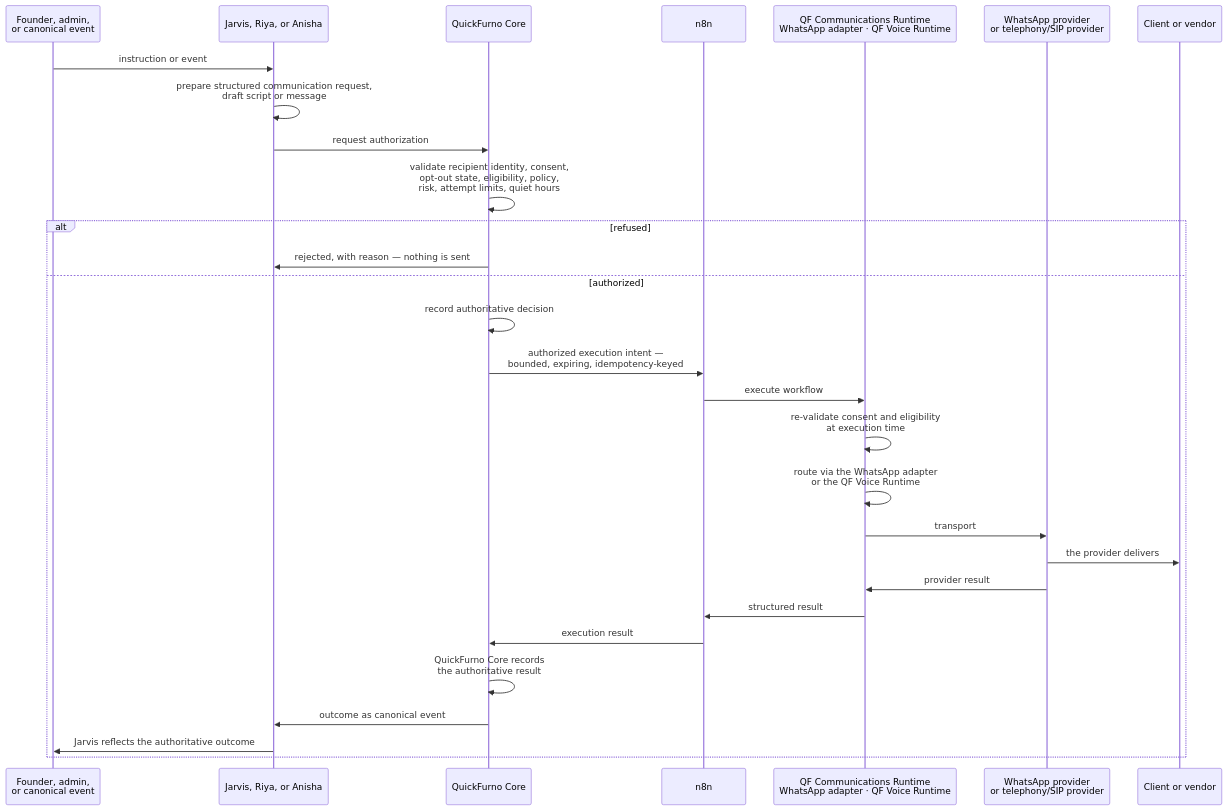
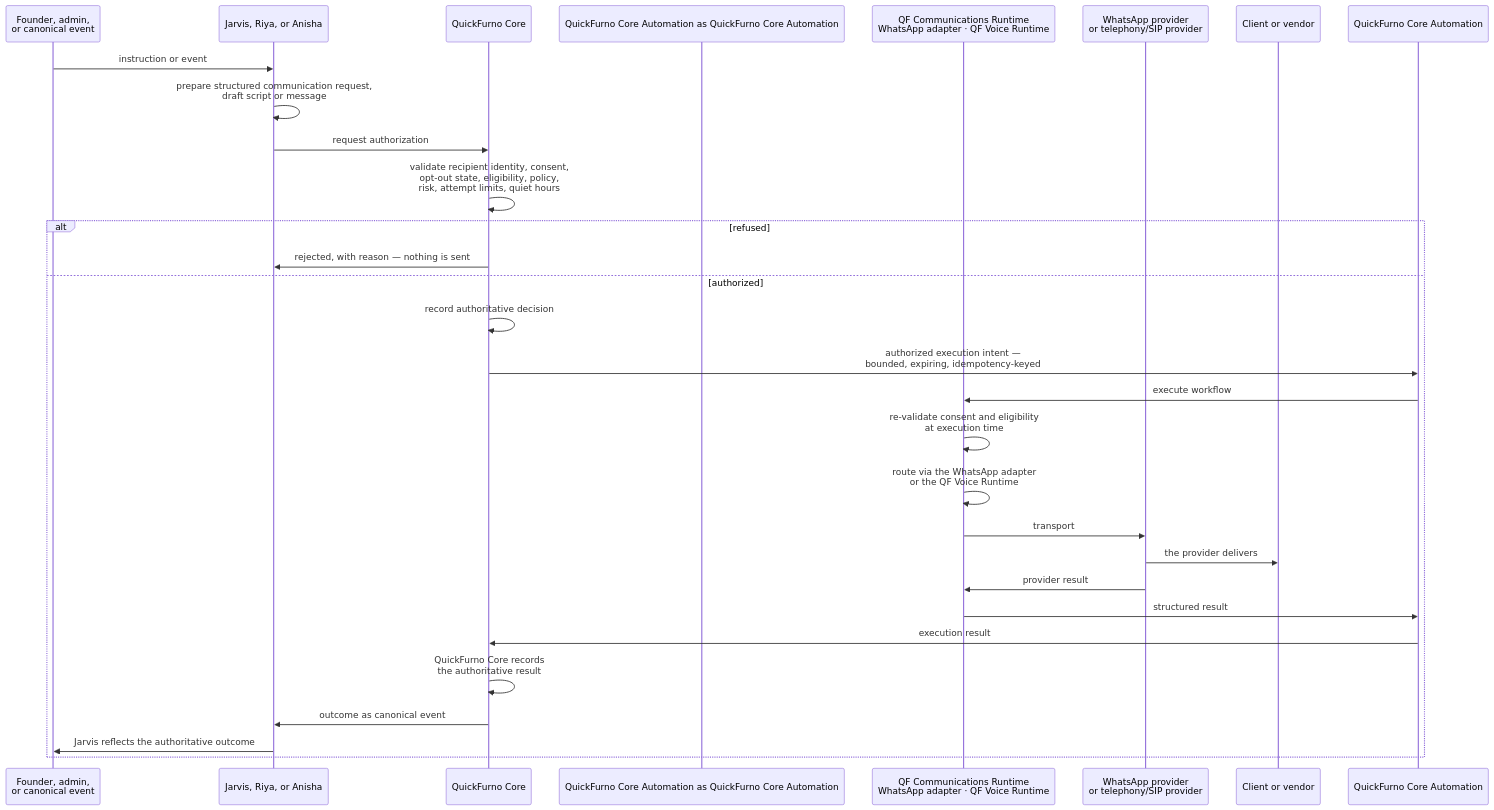
One commit to quickfurno-maker/qf-jarvis changed the first of 2 diagrams in docs/architecture/communication-model.md. Above: the diagram before and after it, drawn with Mermaid. The commit also changed other lines of this file and 531 other files, not shown here.

````diff
--- a/docs/architecture/communication-model.md
+++ b/docs/architecture/communication-model.md
@@ -65,33 +65,33 @@
 ```mermaid
 sequenceDiagram
     participant Origin as Founder, admin,<br/>or canonical event
     participant Agent as Jarvis, Riya, or Anisha
     participant Core as QuickFurno Core
-    participant N8N as n8n
+    participant QuickFurno Core Automation as QuickFurno Core Automation
     participant Runtime as QF Communications Runtime<br/>WhatsApp adapter · QF Voice Runtime
     participant Provider as WhatsApp provider<br/>or telephony/SIP provider
     participant Person as Client or vendor
 
     Origin->>Agent: instruction or event
     Agent->>Agent: prepare structured communication request,<br/>draft script or message
     Agent->>Core: request authorization
 
     Core->>Core: validate recipient identity, consent,<br/>opt-out state, eligibility, policy,<br/>risk, attempt limits, quiet hours
     alt refused
         Core->>Agent: rejected, with reason — nothing is sent
     else authorized
         Core->>Core: record authoritative decision
-        Core->>N8N: authorized execution intent —<br/>bounded, expiring, idempotency-keyed
-        N8N->>Runtime: execute workflow
+        Core->>QuickFurno Core Automation: authorized execution intent —<br/>bounded, expiring, idempotency-keyed
+        QuickFurno Core Automation->>Runtime: execute workflow
         Runtime->>Runtime: re-validate consent and eligibility<br/>at execution time
         Runtime->>Runtime: route via the WhatsApp adapter<br/>or the QF Voice Runtime
         Runtime->>Provider: transport
         Provider->>Person: the provider delivers
         Provider->>Runtime: provider result
-        Runtime->>N8N: structured result
-        N8N->>Core: execution result
+        Runtime->>QuickFurno Core Automation: structured result
+        QuickFurno Core Automation->>Core: execution result
         Core->>Core: QuickFurno Core records<br/>the authoritative result
         Core->>Agent: outcome as canonical event
         Agent->>Origin: Jarvis reflects the authoritative outcome
     end
 ```
````
